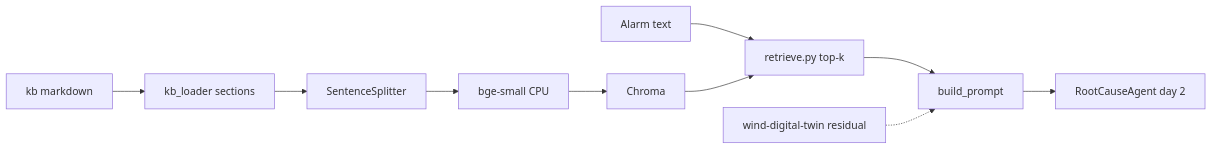
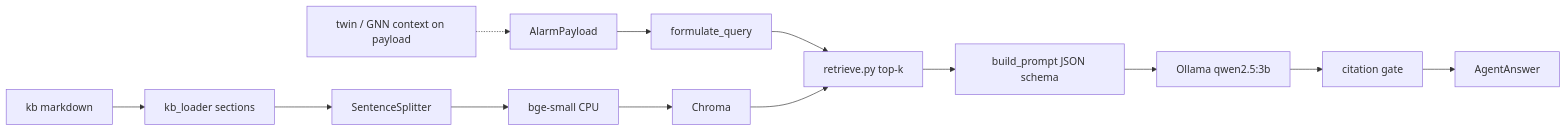
Before and after one commit to mehmetertac/scada-rag-copilot: the diagram in docs/ARCHITECTURE.md, drawn with Mermaid. The commit also changed other lines of this file and 19 other files, not shown here.

Commit message:
Add grounded alarm agent, eval set, and v0.1.0 demo.

````diff
--- a/docs/ARCHITECTURE.md
+++ b/docs/ARCHITECTURE.md
@@ -13,12 +13,15 @@
 ```mermaid
 flowchart LR
-  alarm["Alarm text"] --> retrieve["retrieve.py top-k"]
+  payload["AlarmPayload"] --> query["formulate_query"]
   kb["kb markdown"] --> loader["kb_loader sections"]
   loader --> splitter["SentenceSplitter"]
   splitter --> embed["bge-small CPU"]
   embed --> chroma["Chroma"]
+  query --> retrieve["retrieve.py top-k"]
   chroma --> retrieve
-  retrieve --> prompt["build_prompt"]
-  prompt --> agent["RootCauseAgent day 2"]
-  twin["wind-digital-twin residual"] -.-> prompt
+  retrieve --> prompt["build_prompt JSON schema"]
+  prompt --> ollama["Ollama qwen2.5:3b"]
+  ollama --> gate["citation gate"]
+  gate --> answer["AgentAnswer"]
+  twin["twin / GNN context on payload"] -.-> payload
 ```
````
